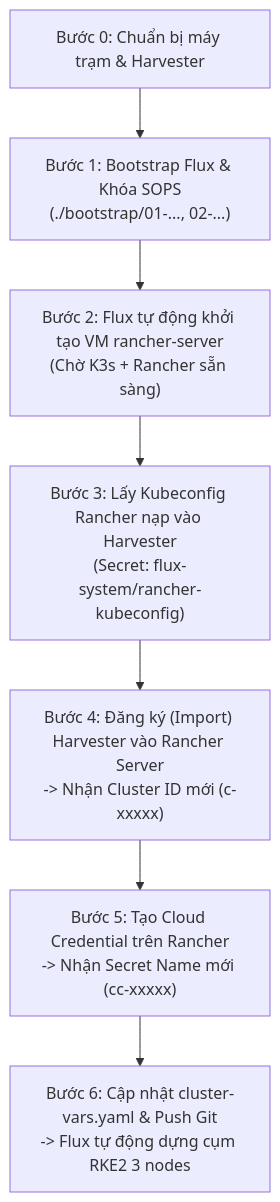
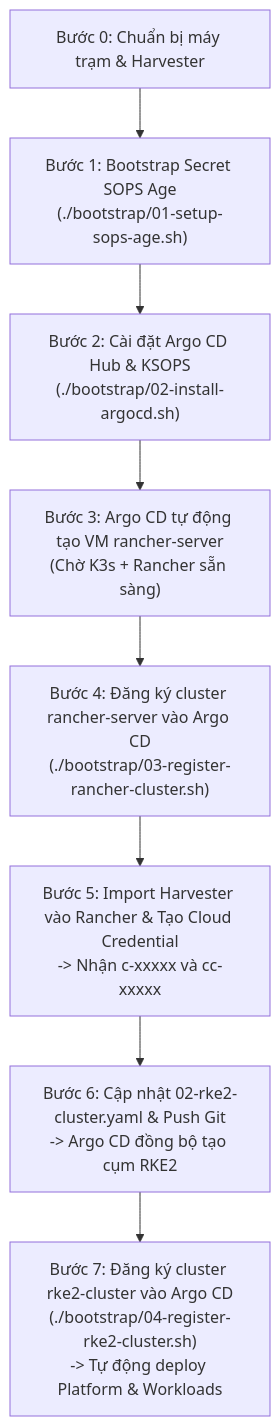
One commit to 001123/lab-harvester-gitops changed the diagram in FRESH_INSTALL_GUIDE.md. Above: the diagram before and after it, drawn with Mermaid. The commit also changed other lines of this file and 55 other files, not shown here.

Commit message:
feat(gitops): migrate from FluxCD to 100% Argo CD Hub-and-Spoke architecture

````diff
--- a/FRESH_INSTALL_GUIDE.md
+++ b/FRESH_INSTALL_GUIDE.md
@@ -29,9 +29,10 @@
 ```mermaid
 flowchart TD
-    A["Bước 0: Chuẩn bị máy trạm & Harvester"] --> B["Bước 1: Bootstrap Flux & Khóa SOPS\n(./bootstrap/01-..., 02-...)"]
-    B --> C["Bước 2: Flux tự động khởi tạo VM rancher-server\n(Chờ K3s + Rancher sẵn sàng)"]
-    C --> D["Bước 3: Lấy Kubeconfig Rancher nạp vào Harvester\n(Secret: flux-system/rancher-kubeconfig)"]
-    D --> E["Bước 4: Đăng ký (Import) Harvester vào Rancher Server\n-> Nhận Cluster ID mới (c-xxxxx)"]
-    E --> F["Bước 5: Tạo Cloud Credential trên Rancher\n-> Nhận Secret Name mới (cc-xxxxx)"]
-    F --> G["Bước 6: Cập nhật cluster-vars.yaml & Push Git\n-> Flux tự động dựng cụm RKE2 3 nodes"]
+    A["Bước 0: Chuẩn bị máy trạm & Harvester"] --> B["Bước 1: Bootstrap Secret SOPS Age\n(./bootstrap/01-setup-sops-age.sh)"]
+    B --> C["Bước 2: Cài đặt Argo CD Hub & KSOPS\n(./bootstrap/02-install-argocd.sh)"]
+    C --> D["Bước 3: Argo CD tự động tạo VM rancher-server\n(Chờ K3s + Rancher sẵn sàng)"]
+    D --> E["Bước 4: Đăng ký cluster rancher-server vào Argo CD\n(./bootstrap/03-register-rancher-cluster.sh)"]
+    E --> F["Bước 5: Import Harvester vào Rancher & Tạo Cloud Credential\n-> Nhận c-xxxxx và cc-xxxxx"]
+    F --> G["Bước 6: Cập nhật 02-rke2-cluster.yaml & Push Git\n-> Argo CD đồng bộ tạo cụm RKE2"]
+    G --> H["Bước 7: Đăng ký cluster rke2-cluster vào Argo CD\n(./bootstrap/04-register-rke2-cluster.sh)\n-> Tự động deploy Platform & Workloads"]
 ```
````
